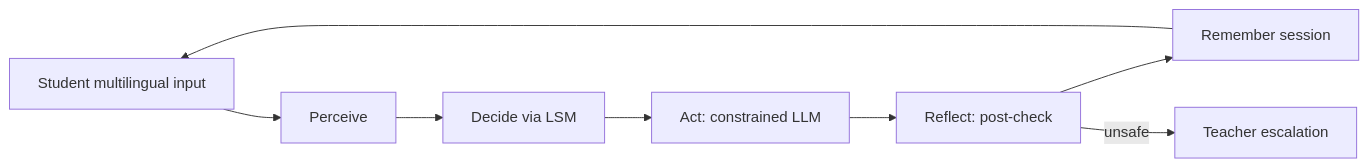
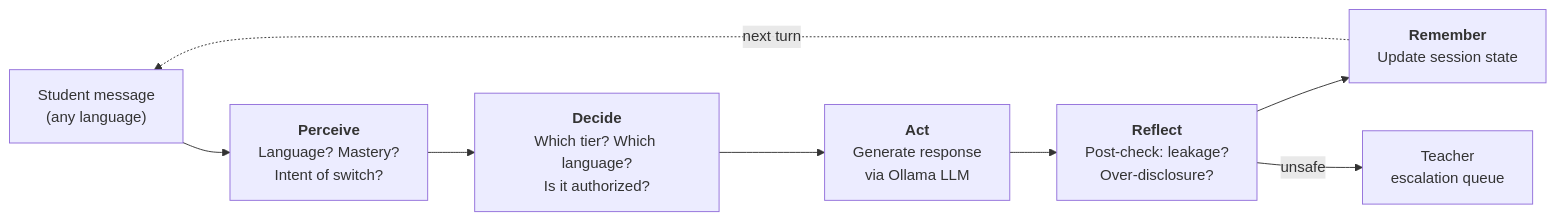
Before and after one commit to soumyadip007/Agentic-AI-as-a-Guardrailed-Multilingual-Buddy: the diagram in docs/index.md, drawn with Mermaid. The commit also changed other lines of this file and 15 other files, not shown here.

````diff
--- a/docs/index.md
+++ b/docs/index.md
@@ -46,10 +25,10 @@
 ```mermaid
 flowchart LR
-  S[Student multilingual input] --> P[Perceive]
-  P --> D[Decide via LSM]
-  D --> A[Act: constrained LLM]
-  A --> R[Reflect: post-check]
-  R --> M[Remember session]
-  M --> S
-  R -->|unsafe| T[Teacher escalation]
+    S["Student message<br/>(any language)"] --> P["<b>Perceive</b><br/>Language? Mastery?<br/>Intent of switch?"]
+    P --> D["<b>Decide</b><br/>Which tier? Which language?<br/>Is it authorized?"]
+    D --> A["<b>Act</b><br/>Generate response<br/>via Ollama LLM"]
+    A --> R["<b>Reflect</b><br/>Post-check: leakage?<br/>Over-disclosure?"]
+    R --> M["<b>Remember</b><br/>Update session state"]
+    M -.->|"next turn"| S
+    R -->|"unsafe"| T["Teacher<br/>escalation queue"]
 ```
````
